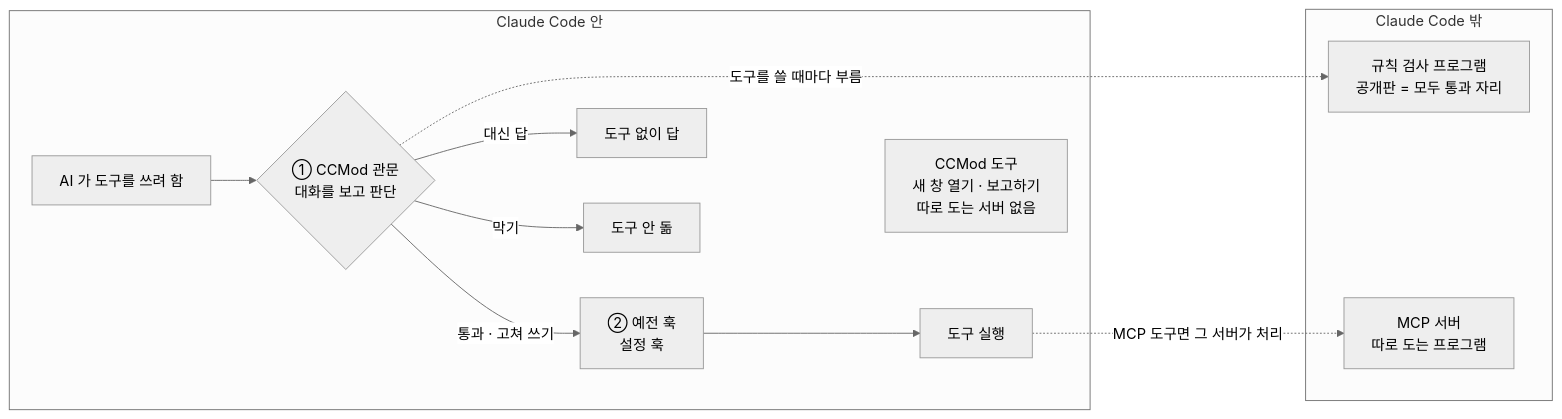
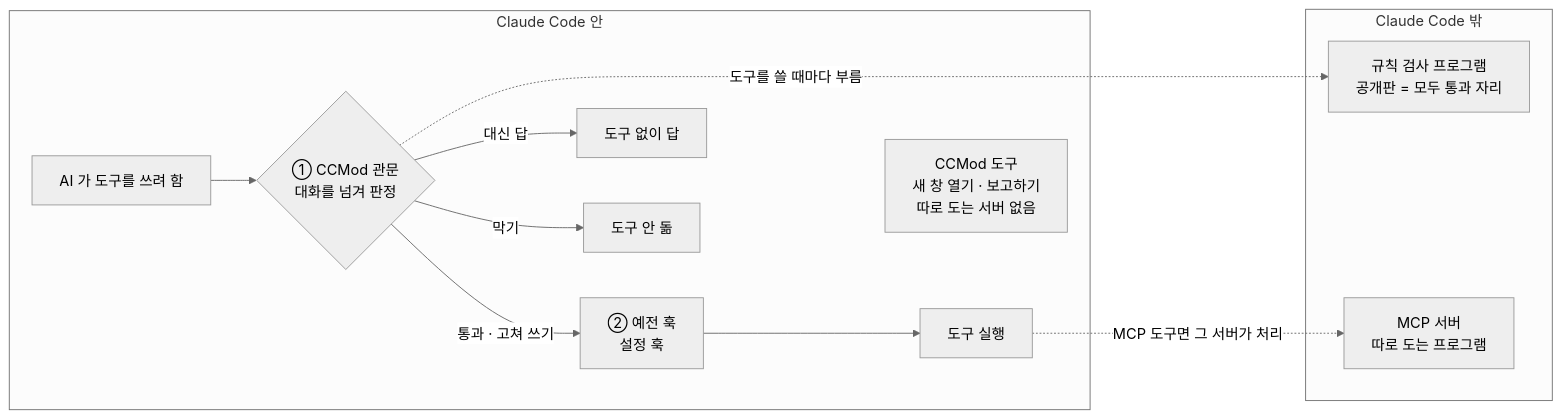
Before and after one commit to treylom/mod-for-slack: the second of 2 diagrams in README.md, drawn with Mermaid (neutral theme). The commit also changed other lines of this file and 11 other files, not shown here.

````diff
--- a/README.md
+++ b/README.md
@@ -46,17 +65,17 @@
 ```mermaid
 flowchart LR
   subgraph IN["Claude Code 안"]
-    A["AI 가 도구를 쓰려 함"] --> G{"① CCMod 관문<br/>대화를 보고 판단"}
+    A["AI 가 도구를 쓰려 함"] --> G{"① CCMod 관문<br/>대화를 넘겨 판정"}
     G -- "통과 · 고쳐 쓰기" --> H["② 예전 훅<br/>설정 훅"]
     H --> T["도구 실행"]
     G -- "대신 답" --> R["도구 없이 답"]
     G -- "막기" --> X["도구 안 돎"]
     MT["CCMod 도구<br/>새 창 열기 · 보고하기<br/>따로 도는 서버 없음"]
   end
   subgraph OUT["Claude Code 밖"]
     P["규칙 검사 프로그램<br/>공개판 = 모두 통과 자리"]
     M["MCP 서버<br/>따로 도는 프로그램"]
   end
   G -. "도구를 쓸 때마다 부름" .-> P
   T -. "MCP 도구면 그 서버가 처리" .-> M
 ```
````
